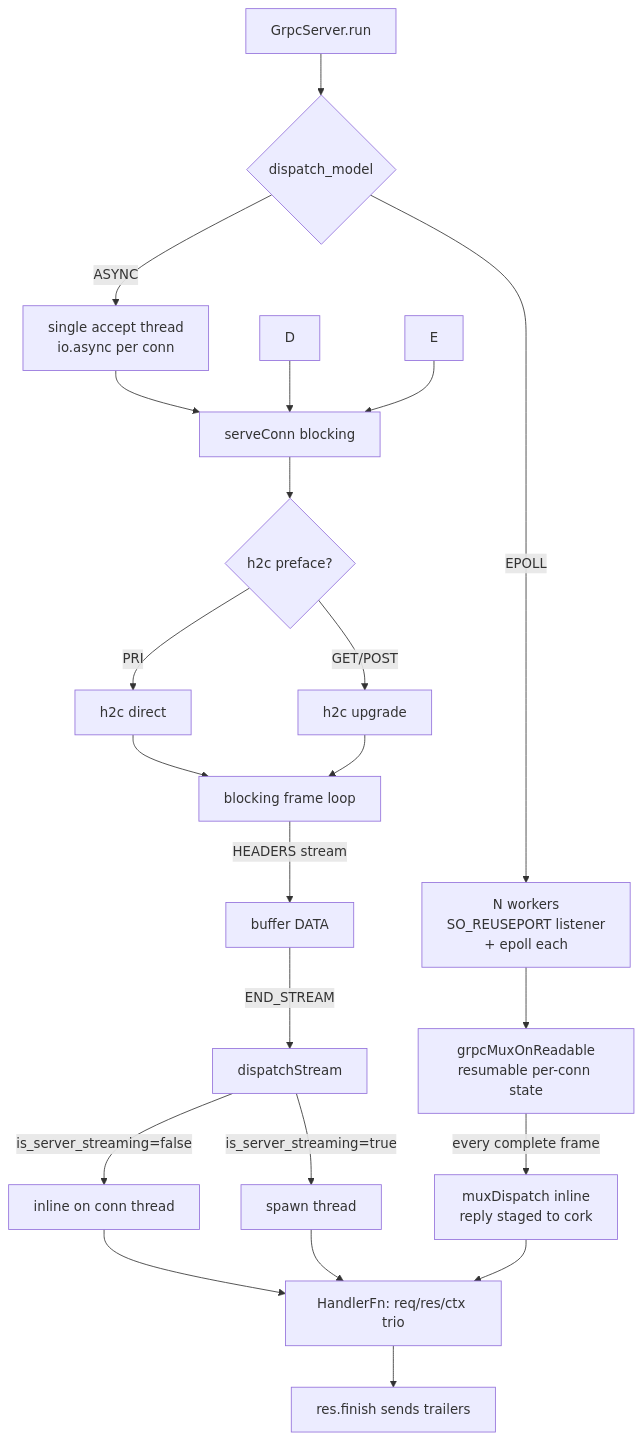
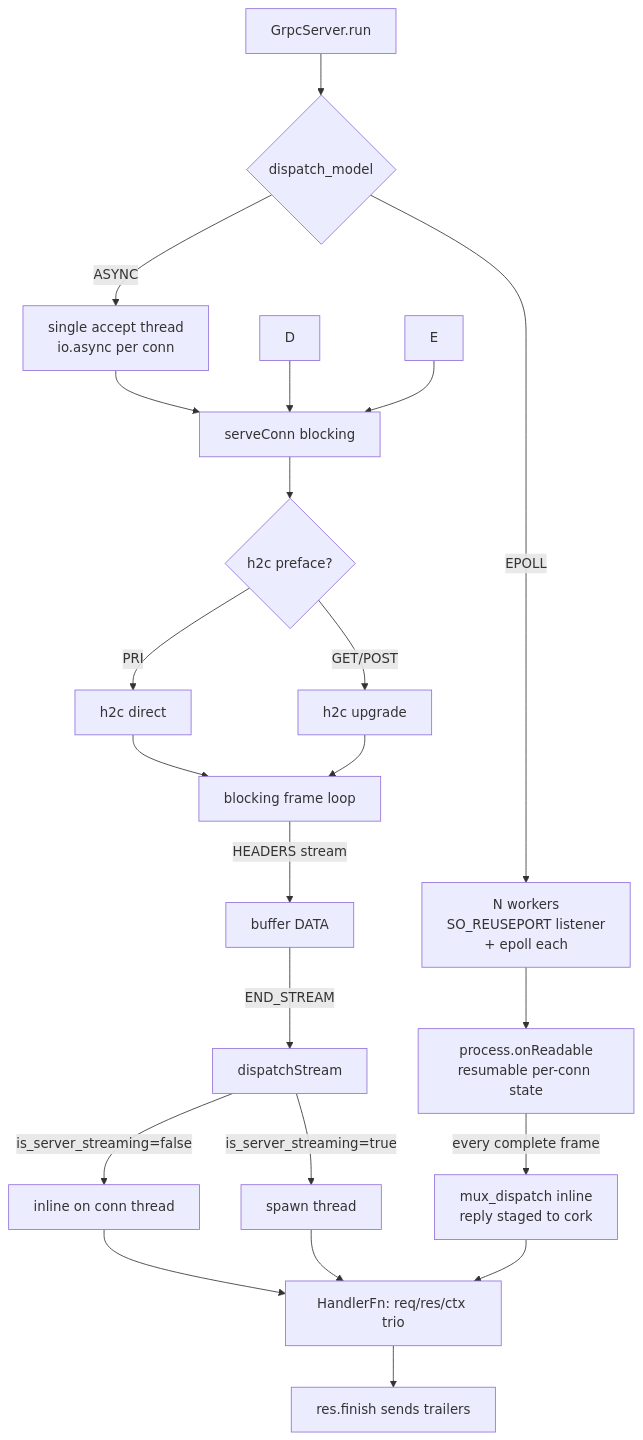
One commit to prothegee/zix changed the third of 4 diagrams in docs/hld-grpc-en.md. Above: the diagram before and after it, drawn with Mermaid. The commit also changed other lines of this file, not shown here.

Commit message:
update gRPC hld for the server and mux layout

````diff
--- a/docs/hld-grpc-en.md
+++ b/docs/hld-grpc-en.md
@@ -341,24 +345,24 @@
 ```mermaid
 flowchart TD
     A[GrpcServer.run] --> B{dispatch_model}
     B -->|ASYNC| C[single accept thread\nio.async per conn]
     B -->|EPOLL| EP[N workers\nSO_REUSEPORT listener\n+ epoll each]
     C --> F[serveConn blocking]
     D --> F
     E --> F
-    EP --> MX[grpcMuxOnReadable\nresumable per-conn state]
+    EP --> MX[process.onReadable\nresumable per-conn state]
     F --> G{h2c preface?}
     G -->|PRI| H[h2c direct]
     G -->|GET/POST| I[h2c upgrade]
     H --> J[blocking frame loop]
     I --> J
     J -->|HEADERS stream| K[buffer DATA]
     K -->|END_STREAM| L[dispatchStream]
     L -->|is_server_streaming=false| LI[inline on conn thread]
     L -->|is_server_streaming=true| LS[spawn thread]
     LI --> M[HandlerFn: req/res/ctx trio]
     LS --> M
-    MX -->|every complete frame| MI[muxDispatch inline\nreply staged to cork]
+    MX -->|every complete frame| MI[mux_dispatch inline\nreply staged to cork]
     MI --> M
     M --> N[res.finish sends trailers]
 ```
````
